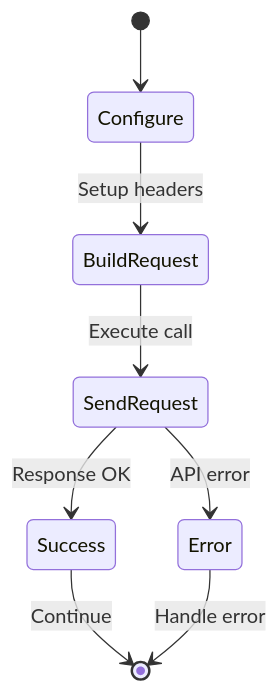
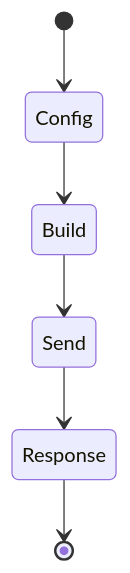
Before and after one commit to wisrovi/wpipe: the fourth of 5 diagrams in examples/api_pipeline/08_api_custom_headers/README.md, drawn with Mermaid. The commit also changed other lines of this file and 20 other files, not shown here.

First line of the commit message:
Simplify Mermaid diagrams for better rendering

````diff
--- a/examples/api_pipeline/08_api_custom_headers/README.md
+++ b/examples/api_pipeline/08_api_custom_headers/README.md
@@ -59,10 +54,8 @@
 ```mermaid
 stateDiagram-v2
-    [*] --> Configure
-    Configure --> BuildRequest: Setup headers
-    BuildRequest --> SendRequest: Execute call
-    SendRequest --> Success: Response OK
-    SendRequest --> Error: API error
-    Success --> [*]: Continue
-    Error --> [*]: Handle error
+    [*] --> Config
+    Config --> Build
+    Build --> Send
+    Send --> Response
+    Response --> [*]
 ```
````
